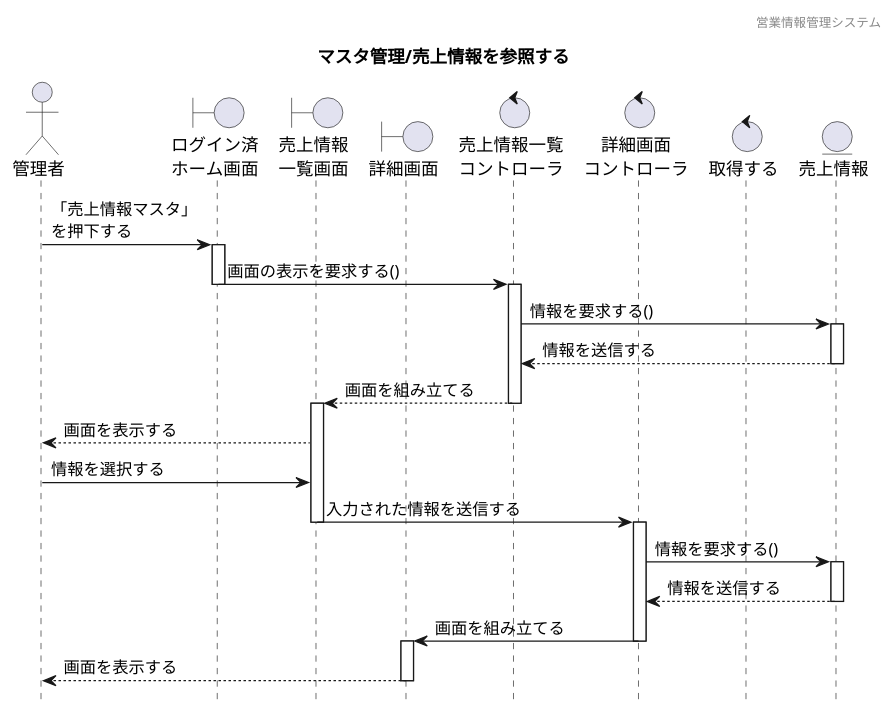
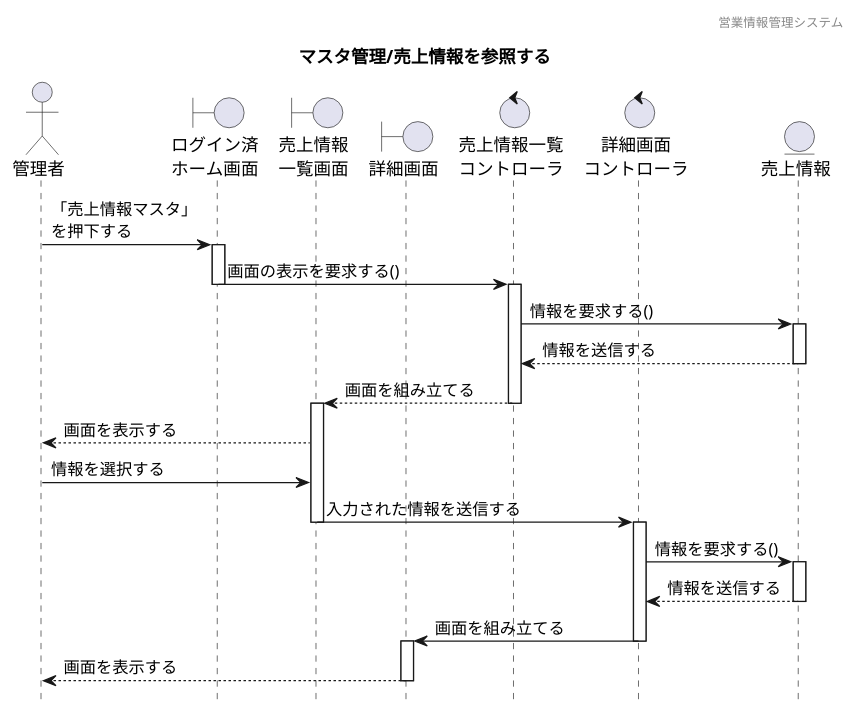
One commit to HaruShim/Sotuken changed the diagram in 各種設計書/4シーケンス図/マスタ管理/6.売上情報マスタ/売上情報管理_参照.plantuml. Above: the diagram before and after it, drawn with PlantUML. The commit also changed 4 other files, not shown here.

```diff
--- a/各種設計書/4シーケンス図/マスタ管理/6.売上情報マスタ/売上情報管理_参照.plantuml
+++ b/各種設計書/4シーケンス図/マスタ管理/6.売上情報マスタ/売上情報管理_参照.plantuml
@@ -1,50 +1,49 @@
 @startuml ../../images/売上情報マスタ/売上情報管理_参照
 
 hide footbox
 header 営業情報管理システム
 title マスタ管理/売上情報を参照する
 
 ' actor "" as a
 actor "管理者" as a1
 
 ' boundary "" as b
 boundary "ログイン済\nホーム画面" as b1
 boundary "売上情報\n一覧画面" as b2
 boundary "詳細画面" as b3
 
 ' control "" as c
 control "売上情報一覧\nコントローラ" as c1
 control "詳細画面\nコントローラ" as c2
-control "取得する" as c3
 
 ' entity "" as e
 entity "売上情報" as e1
 
 a1 -> b1 :「売上情報マスタ」\nを押下する
 activate b1 
 b1 -> c1 : 画面の表示を要求する()
 deactivate b1
 activate c1
 c1 -> e1: 情報を要求する()
 activate e1
 e1 --> c1: 情報を送信する
 deactivate e1
 c1 --> b2: 画面を組み立てる
 deactivate c1
 activate b2
 b2 --> a1 : 画面を表示する
 a1 -> b2 : 情報を選択する
 b2 -> c2 : 入力された情報を送信する
 deactivate b2
 activate c2
 c2 -> e1 : 情報を要求する()
 activate e1
 e1 --> c2 : 情報を送信する
 deactivate e1
 c2 -> b3 : 画面を組み立てる
 deactivate c2
 activate b3
 b3 --> a1 : 画面を表示する
 deactivate b3
 
 @enduml
```
